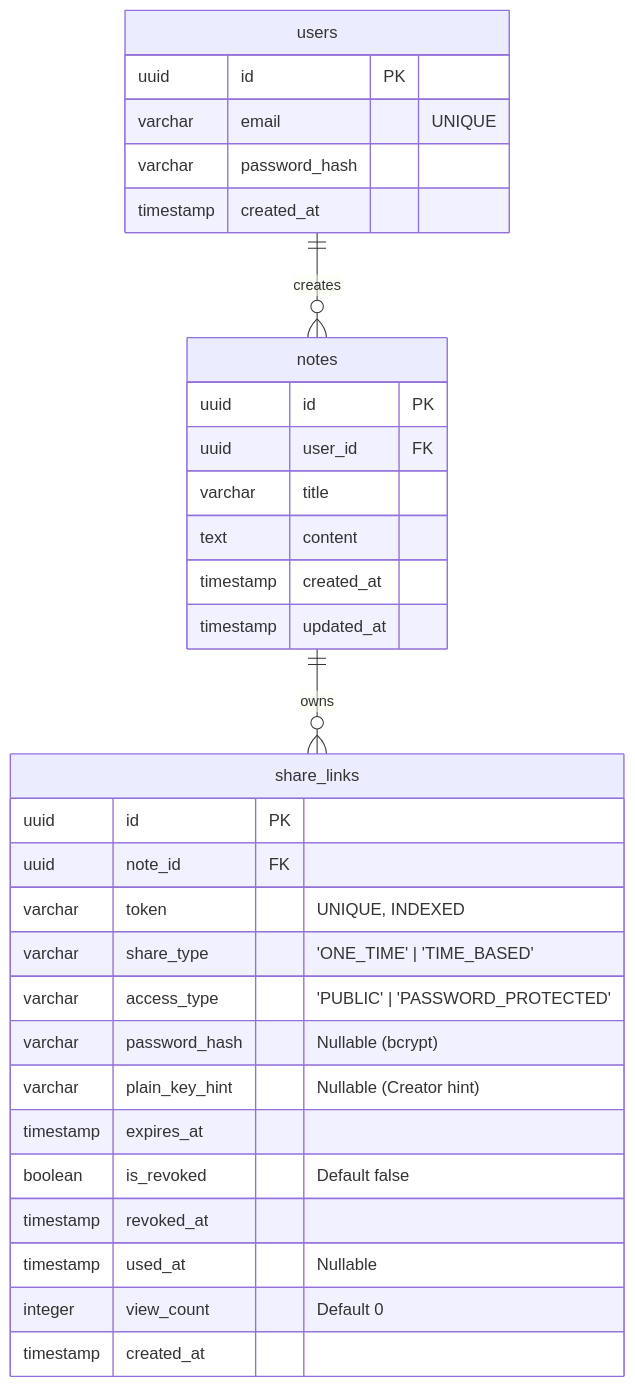
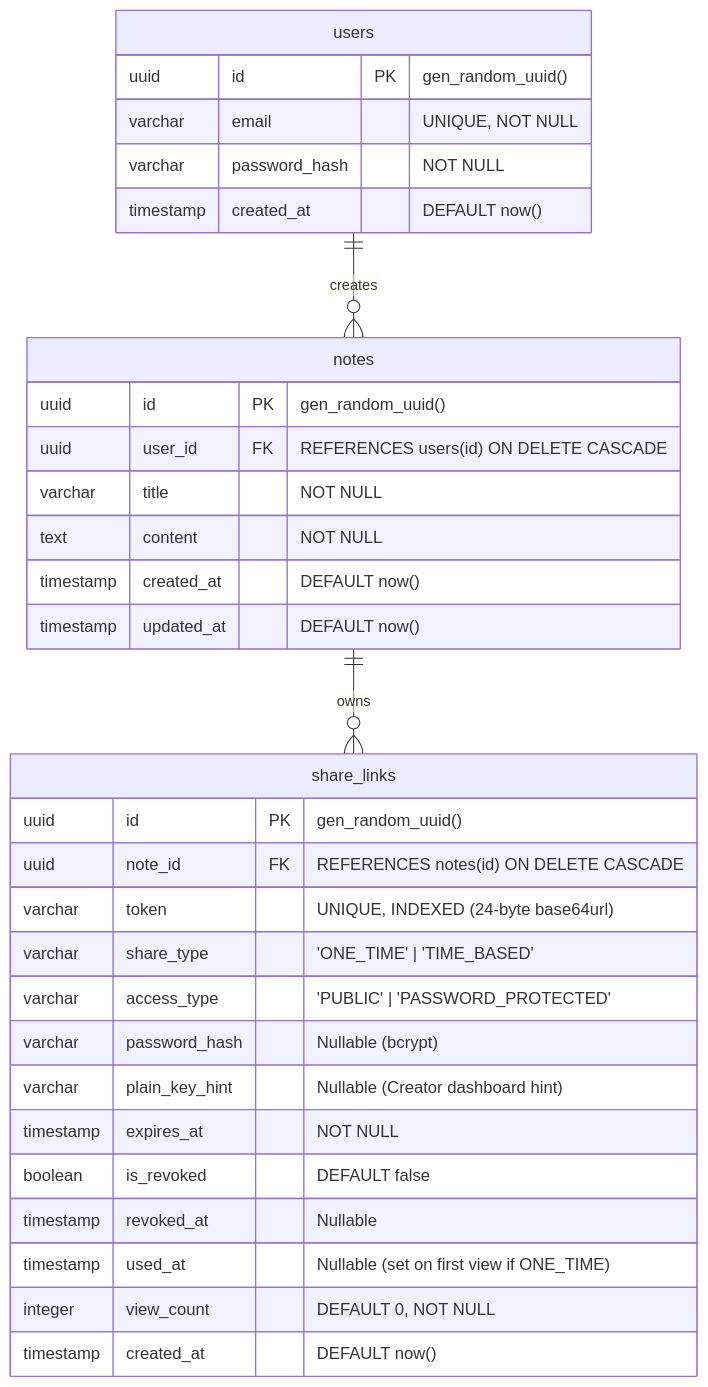
One commit to yadavabhishek07/Note_Taking_App changed the first of 2 diagrams in README.md. Above: the diagram before and after it, drawn with Mermaid. The commit also changed other lines of this file, not shown here.

Commit message:
docs: enhance README clarity with tables, diagrams, and execution timeline

````diff
--- a/README.md
+++ b/README.md
@@ -48,37 +72,37 @@
 ```mermaid
 erDiagram
     users ||--o{ notes : creates
     notes ||--o{ share_links : owns
 
     users {
-        uuid id PK
-        varchar email "UNIQUE"
-        varchar password_hash
-        timestamp created_at
+        uuid id PK "gen_random_uuid()"
+        varchar email "UNIQUE, NOT NULL"
+        varchar password_hash "NOT NULL"
+        timestamp created_at "DEFAULT now()"
     }
 
     notes {
-        uuid id PK
-        uuid user_id FK
-        varchar title
-        text content
-        timestamp created_at
-        timestamp updated_at
+        uuid id PK "gen_random_uuid()"
+        uuid user_id FK "REFERENCES users(id) ON DELETE CASCADE"
+        varchar title "NOT NULL"
+        text content "NOT NULL"
+        timestamp created_at "DEFAULT now()"
+        timestamp updated_at "DEFAULT now()"
     }
 
     share_links {
-        uuid id PK
-        uuid note_id FK
-        varchar token "UNIQUE, INDEXED"
+        uuid id PK "gen_random_uuid()"
+        uuid note_id FK "REFERENCES notes(id) ON DELETE CASCADE"
+        varchar token "UNIQUE, INDEXED (24-byte base64url)"
         varchar share_type "'ONE_TIME' | 'TIME_BASED'"
         varchar access_type "'PUBLIC' | 'PASSWORD_PROTECTED'"
         varchar password_hash "Nullable (bcrypt)"
-        varchar plain_key_hint "Nullable (Creator hint)"
-        timestamp expires_at
-        boolean is_revoked "Default false"
-        timestamp revoked_at
-        timestamp used_at "Nullable"
-        integer view_count "Default 0"
-        timestamp created_at
+        varchar plain_key_hint "Nullable (Creator dashboard hint)"
+        timestamp expires_at "NOT NULL"
+        boolean is_revoked "DEFAULT false"
+        timestamp revoked_at "Nullable"
+        timestamp used_at "Nullable (set on first view if ONE_TIME)"
+        integer view_count "DEFAULT 0, NOT NULL"
+        timestamp created_at "DEFAULT now()"
     }
 ```
````
